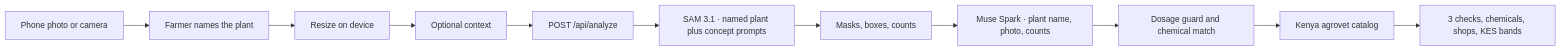
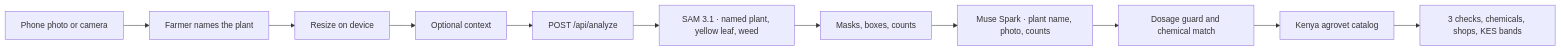
One commit to benweru/BedSense changed the diagram in docs/development.md. Above: the diagram before and after it, drawn with Mermaid. The commit also changed other lines of this file and 13 other files, not shown here.

First line of the commit message:
Triage named plants when SAM marks are empty (#6)

````diff
--- a/docs/development.md
+++ b/docs/development.md
@@ -42,13 +42,13 @@
 ```mermaid
 flowchart LR
   phone[Phone photo or camera] --> name[Farmer names the plant]
   name --> resize[Resize on device]
   resize --> context[Optional context]
   context --> api["POST /api/analyze"]
-  api --> sam["SAM 3.1 · named plant plus concept prompts"]
+  api --> sam["SAM 3.1 · named plant, yellow leaf, weed"]
   sam --> marks[Masks, boxes, counts]
   marks --> muse["Muse Spark · plant name, photo, counts"]
   muse --> guard[Dosage guard and chemical match]
   guard --> catalog[Kenya agrovet catalog]
   catalog --> ui[3 checks, chemicals, shops, KES bands]
 ```
````
